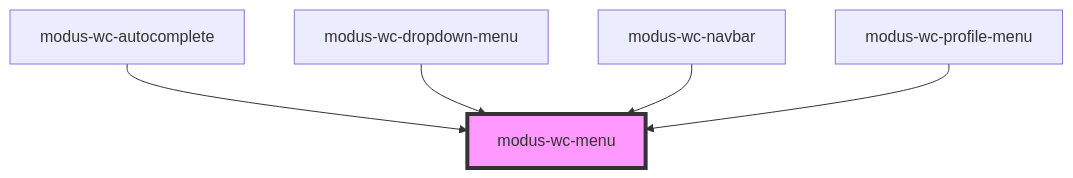
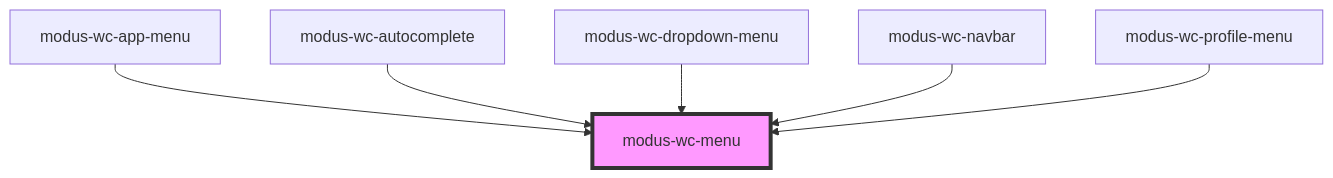
Before and after one commit to trimble-oss/modus-wc-2.0: the diagram in src/components/modus-wc-menu/readme.md, drawn with Mermaid. The commit also changed other lines of this file and 16 other files, not shown here.

````diff
--- a/src/components/modus-wc-menu/readme.md
+++ b/src/components/modus-wc-menu/readme.md
@@ -44,8 +45,9 @@
 ```mermaid
 graph TD;
+  modus-wc-app-menu --> modus-wc-menu
   modus-wc-autocomplete --> modus-wc-menu
   modus-wc-dropdown-menu --> modus-wc-menu
   modus-wc-navbar --> modus-wc-menu
   modus-wc-profile-menu --> modus-wc-menu
   style modus-wc-menu fill:#f9f,stroke:#333,stroke-width:4px
 ```
````
